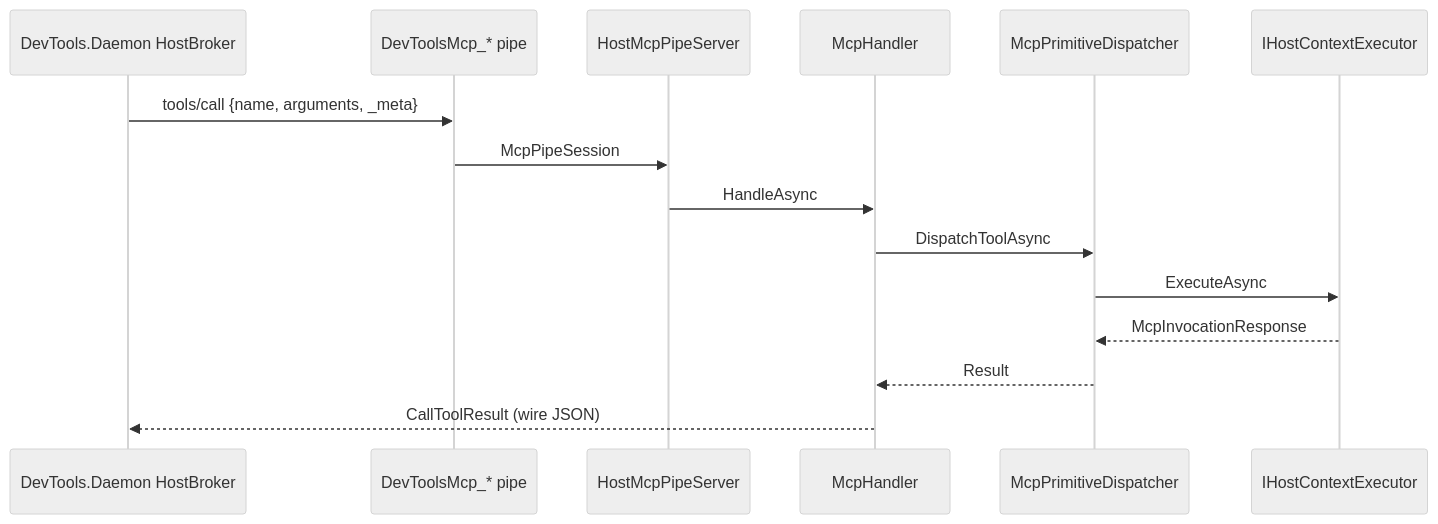
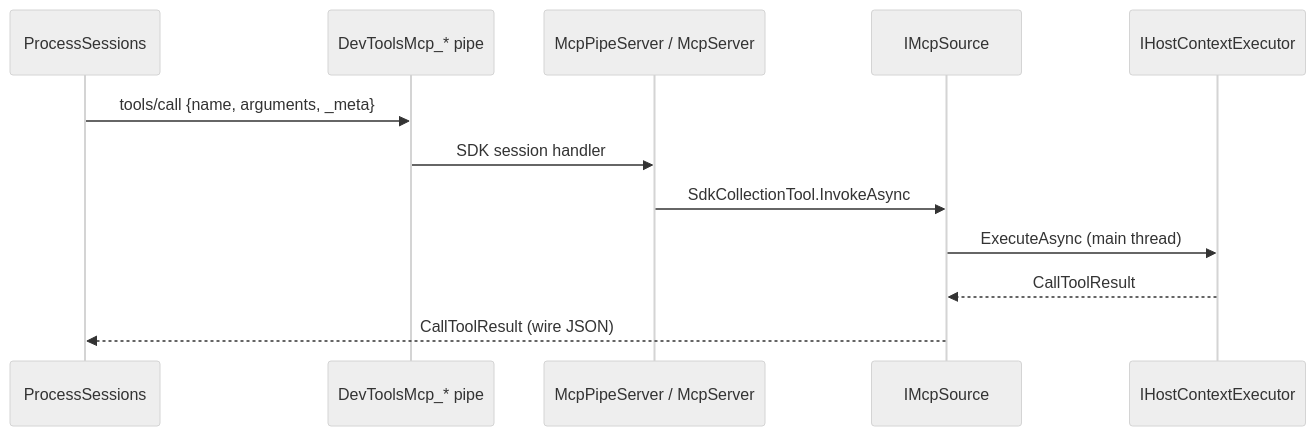
The diagram in docs/architecture/Execution/mcp-dispatch.md (trgiangv/RevitDevTool), drawn with Mermaid (neutral theme) before and after one commit. The commit also changed other lines of this file and 23 other files, not shown here.

First line of the commit message:
docs(mcp): record flow simplification, ADR 0039, and coverage snapshot

````diff
--- a/docs/architecture/Execution/mcp-dispatch.md
+++ b/docs/architecture/Execution/mcp-dispatch.md
@@ -28,18 +29,15 @@
 ```mermaid
 sequenceDiagram
-    participant Daemon as DevTools.Daemon HostBroker
+    participant Daemon as ProcessSessions
     participant Pipe as DevToolsMcp_* pipe
-    participant Server as HostMcpPipeServer
-    participant Handler as McpHandler
-    participant Dispatcher as McpPrimitiveDispatcher
+    participant Server as McpPipeServer / McpServer
+    participant Source as IMcpSource
     participant Host as IHostContextExecutor
 
     Daemon->>Pipe: tools/call {name, arguments, _meta}
-    Pipe->>Server: McpPipeSession
-    Server->>Handler: HandleAsync
-    Handler->>Dispatcher: DispatchToolAsync
-    Dispatcher->>Host: ExecuteAsync
-    Host-->>Dispatcher: McpInvocationResponse
-    Dispatcher-->>Handler: Result
-    Handler-->>Daemon: CallToolResult (wire JSON)
+    Pipe->>Server: SDK session handler
+    Server->>Source: SdkCollectionTool.InvokeAsync
+    Source->>Host: ExecuteAsync (main thread)
+    Host-->>Source: CallToolResult
+    Source-->>Daemon: CallToolResult (wire JSON)
 ```
````
